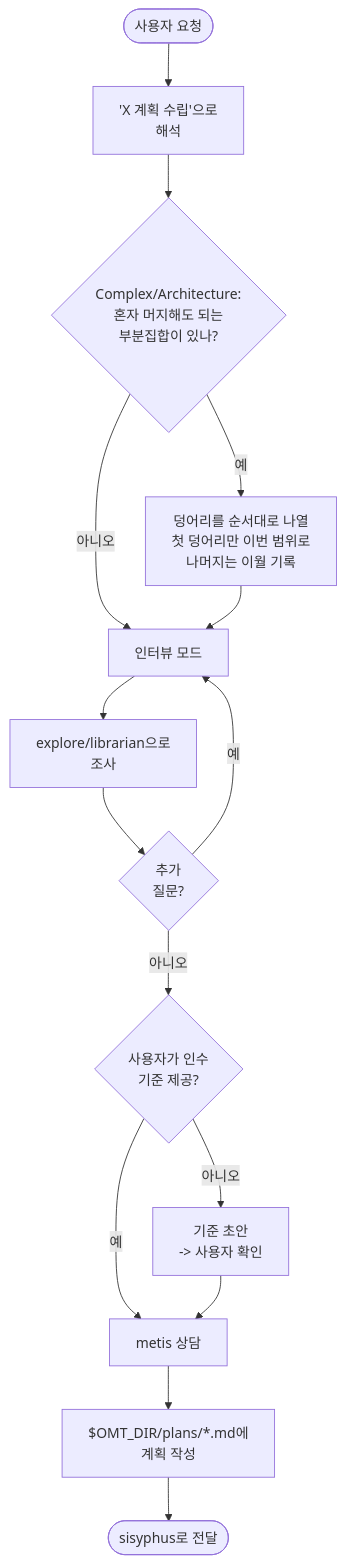
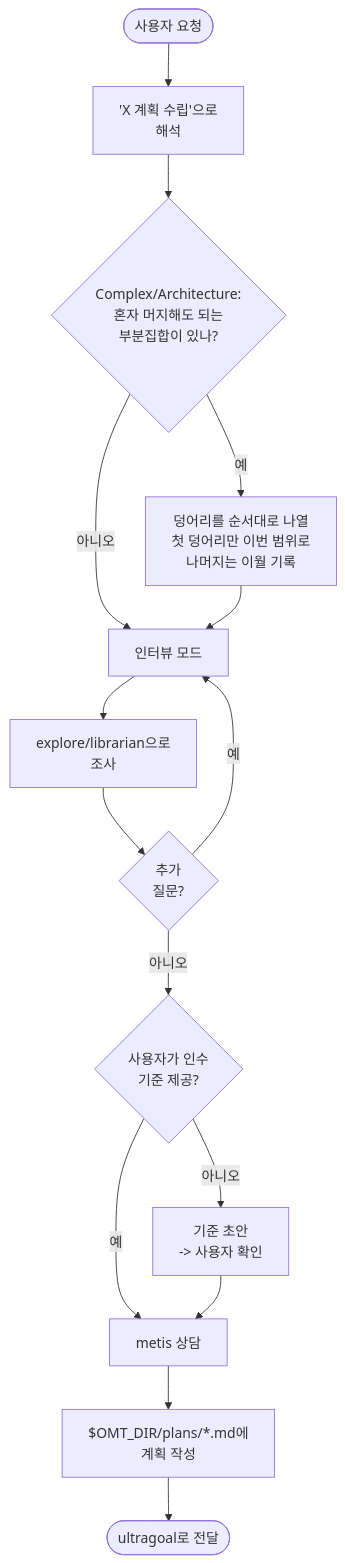
Before and after one commit to toongri/oh-my-toong-playground: the third of 4 diagrams in docs/skills/core-pipeline.md, drawn with Mermaid. The commit also changed other lines of this file and 2 other files, not shown here.

````diff
--- a/docs/skills/core-pipeline.md
+++ b/docs/skills/core-pipeline.md
@@ -97,17 +99,17 @@
 ```mermaid
 flowchart TB
     Start([사용자 요청]) --> Interpret["'X 계획 수립'으로<br/>해석"]
     Interpret --> Split{"Complex/Architecture:<br/>혼자 머지해도 되는<br/>부분집합이 있나?"}
     Split -->|아니오| Interview[인터뷰 모드]
     Split -->|예| Slice["덩어리를 순서대로 나열<br/>첫 덩어리만 이번 범위로<br/>나머지는 이월 기록"]
     Slice --> Interview
     Interview --> Research[explore/librarian으로<br/>조사]
     Research --> More{추가<br/>질문?}
     More -->|예| Interview
     More -->|아니오| Criteria{사용자가 인수<br/>기준 제공?}
     Criteria -->|예| Metis[metis 상담]
     Criteria -->|아니오| Draft[기준 초안<br/>-> 사용자 확인]
     Draft --> Metis
     Metis --> Write["$OMT_DIR/plans/*.md에<br/>계획 작성"]
-    Write --> Handoff([sisyphus로 전달])
+    Write --> Handoff([ultragoal로 전달])
 ```
````
